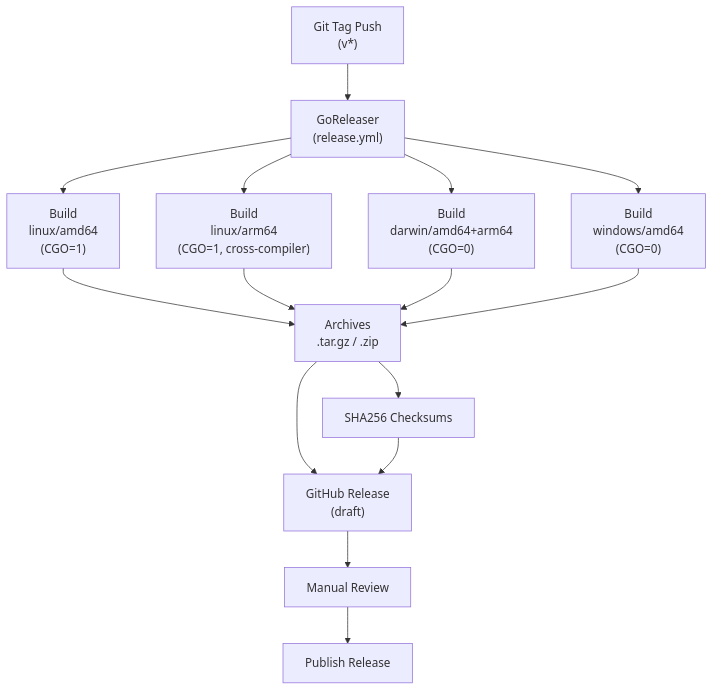
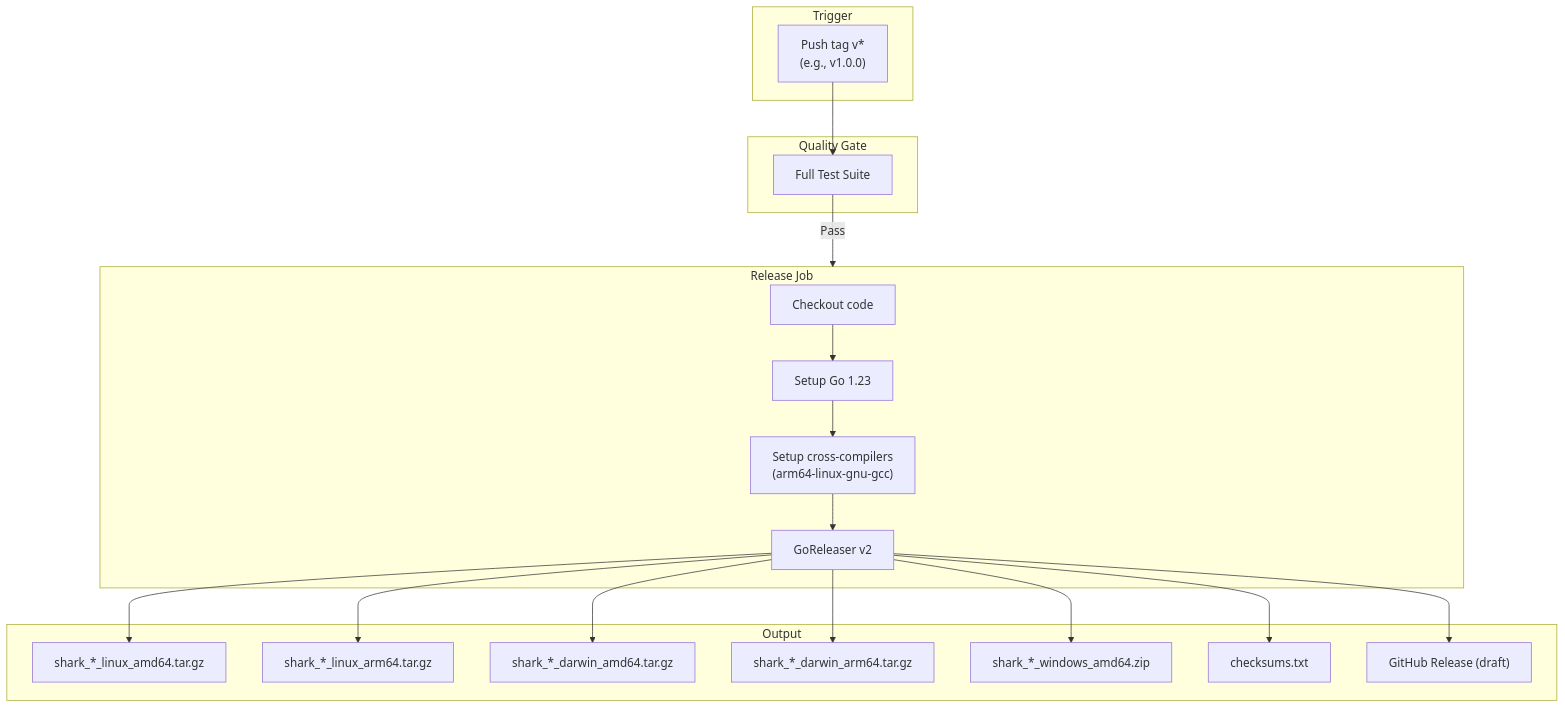
The second of 2 diagrams in brownfield-docs/diagrams/architecture/cicd-pipeline.md (jwwelbor/shark-task-manager), drawn with Mermaid before and after one commit. The commit also changed other lines of this file and 47 other files, not shown here.

````diff
--- a/brownfield-docs/diagrams/architecture/cicd-pipeline.md
+++ b/brownfield-docs/diagrams/architecture/cicd-pipeline.md
@@ -46,21 +57,33 @@
 ```mermaid
-graph TD
-    TAG["Git Tag Push<br/>(v*)"] --> RELEASE["GoReleaser<br/>(release.yml)"]
+flowchart TD
+    subgraph Trigger["Trigger"]
+        TAG["Push tag v*<br/>(e.g., v1.0.0)"]
+    end
 
-    RELEASE --> BUILD_LINUX["Build<br/>linux/amd64<br/>(CGO=1)"]
-    RELEASE --> BUILD_LINUX_ARM["Build<br/>linux/arm64<br/>(CGO=1, cross-compiler)"]
-    RELEASE --> BUILD_MAC["Build<br/>darwin/amd64+arm64<br/>(CGO=0)"]
-    RELEASE --> BUILD_WIN["Build<br/>windows/amd64<br/>(CGO=0)"]
+    subgraph QualityGate["Quality Gate"]
+        TEST["Full Test Suite"]
+    end
 
-    BUILD_LINUX --> ARCHIVE["Archives<br/>.tar.gz / .zip"]
-    BUILD_LINUX_ARM --> ARCHIVE
-    BUILD_MAC --> ARCHIVE
-    BUILD_WIN --> ARCHIVE
+    subgraph Release["Release Job"]
+        CHECKOUT["Checkout code"]
+        SETUP_GO["Setup Go 1.23"]
+        SETUP_CC["Setup cross-compilers<br/>(arm64-linux-gnu-gcc)"]
+        GORELEASER["GoReleaser v2"]
+    end
 
-    ARCHIVE --> CHECKSUM["SHA256 Checksums"]
-    ARCHIVE --> DRAFT["GitHub Release<br/>(draft)"]
-    CHECKSUM --> DRAFT
+    subgraph Artifacts["Output"]
+        LINUX_AMD["shark_*_linux_amd64.tar.gz"]
+        LINUX_ARM["shark_*_linux_arm64.tar.gz"]
+        MACOS_AMD["shark_*_darwin_amd64.tar.gz"]
+        MACOS_ARM["shark_*_darwin_arm64.tar.gz"]
+        WIN["shark_*_windows_amd64.zip"]
+        CHECKSUMS["checksums.txt"]
+        GH_RELEASE["GitHub Release (draft)"]
+    end
 
-    DRAFT --> REVIEW["Manual Review"]
-    REVIEW --> PUBLISH["Publish Release"]
+    TAG --> TEST
+    TEST -->|Pass| Release
+    CHECKOUT --> SETUP_GO --> SETUP_CC --> GORELEASER
+    GORELEASER --> LINUX_AMD & LINUX_ARM & MACOS_AMD & MACOS_ARM & WIN & CHECKSUMS
+    GORELEASER --> GH_RELEASE
 ```
````
